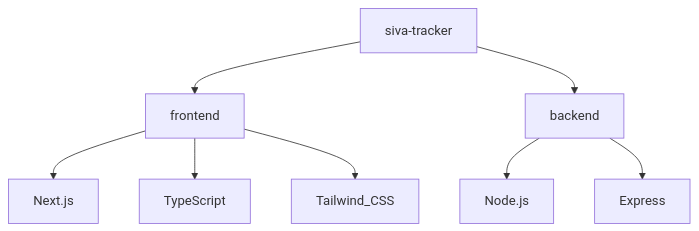
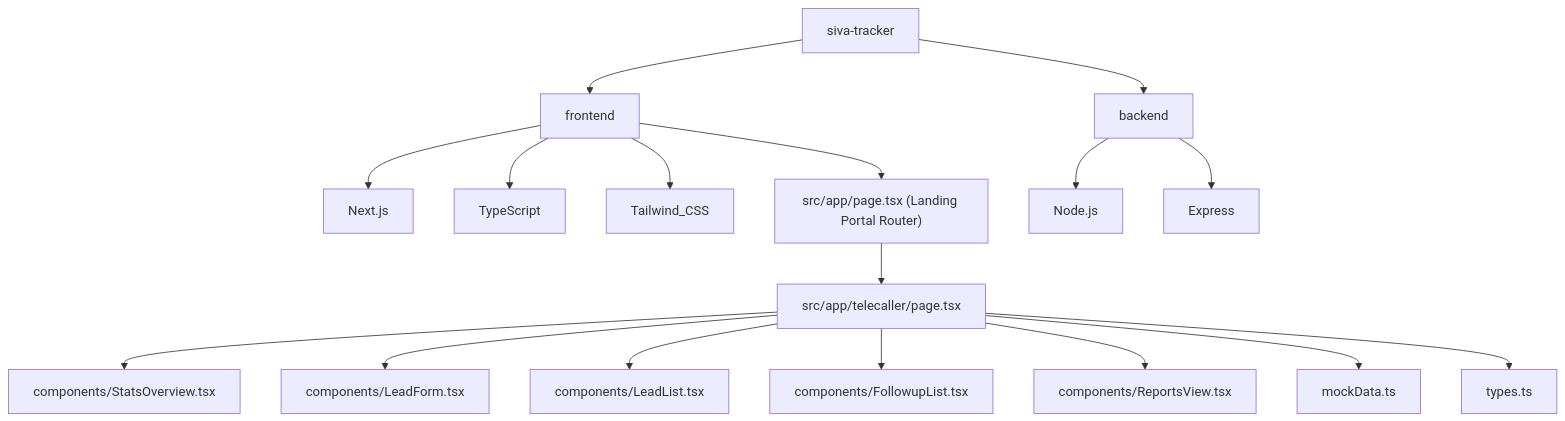
Before and after one commit to softvishnuspire/sivagoldcompanytracker: the diagram in @graphify-out/GRAPH_REPORT.MD, drawn with Mermaid. The commit also changed other lines of this file and 13 other files, not shown here.

````diff
--- a/@graphify-out/GRAPH_REPORT.MD
+++ b/@graphify-out/GRAPH_REPORT.MD
@@ -13,10 +33,24 @@
 ```mermaid
 graph TD
     siva-tracker --> frontend
     siva-tracker --> backend
     frontend --> Next.js
     frontend --> TypeScript
     frontend --> Tailwind_CSS
+    
+    %% Portal Routing
+    frontend --> RootPage["src/app/page.tsx (Landing Portal Router)"]
+    RootPage --> TelecallerPage
+    
+    %% Telecaller Panel Breakdown
+    TelecallerPage["src/app/telecaller/page.tsx"] --> StatsOverview["components/StatsOverview.tsx"]
+    TelecallerPage --> LeadForm["components/LeadForm.tsx"]
+    TelecallerPage --> LeadList["components/LeadList.tsx"]
+    TelecallerPage --> FollowupList["components/FollowupList.tsx"]
+    TelecallerPage --> ReportsView["components/ReportsView.tsx"]
+    TelecallerPage --> MockData["mockData.ts"]
+    TelecallerPage --> Types["types.ts"]
+    
     backend --> Node.js
     backend --> Express
 ```
````
